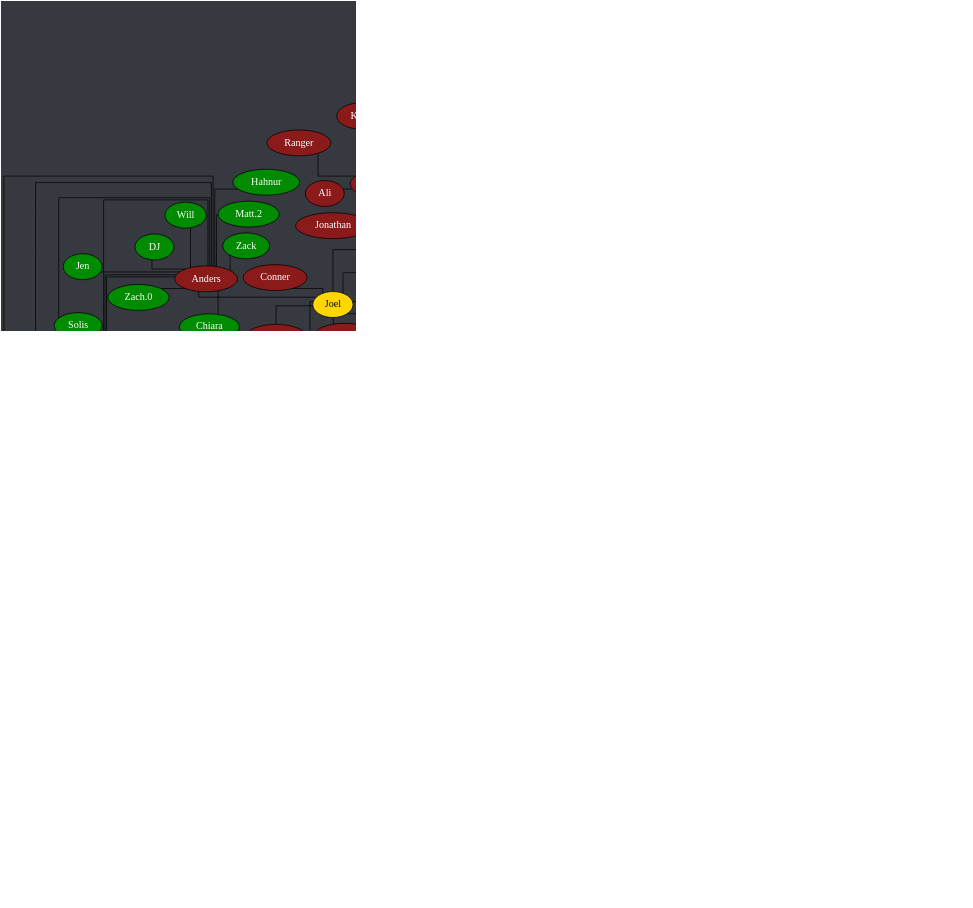
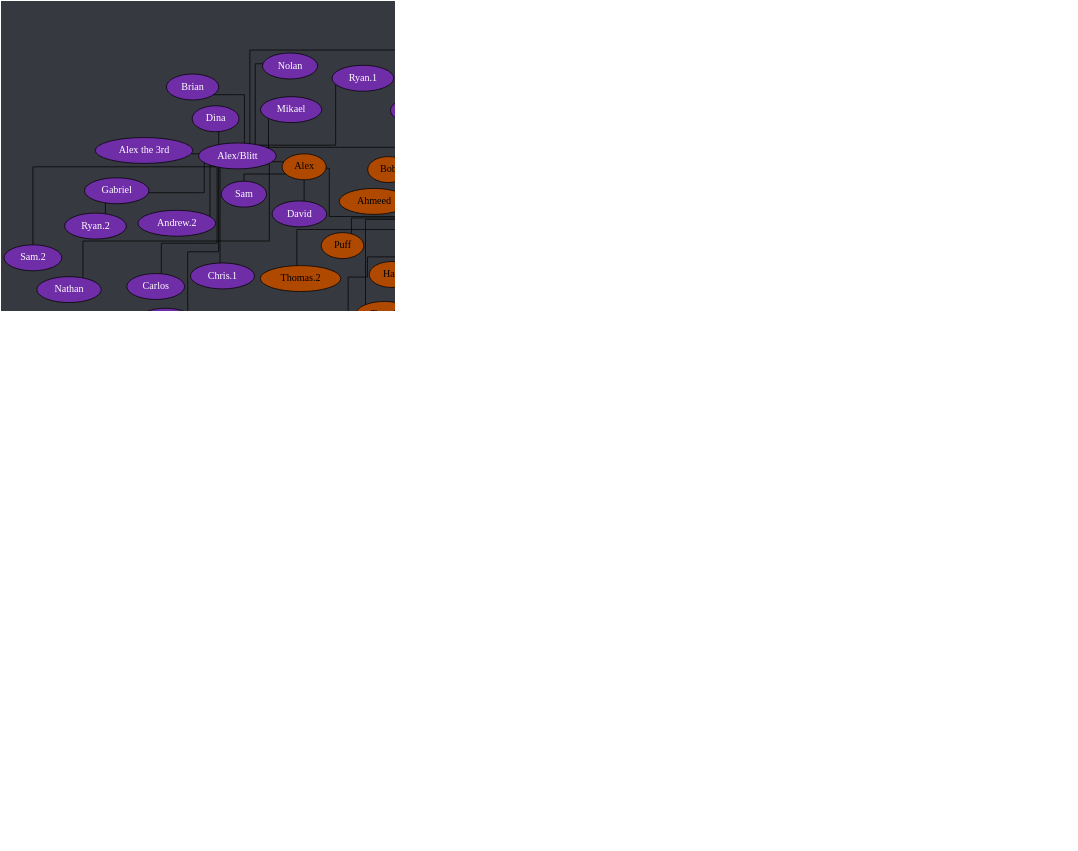
Before and after one commit to Documidas/CoronaCatzFamilyTree: the diagram in tree.dot, drawn with Graphviz. The commit also changed 1 other file, not shown here.

```diff
--- a/tree.dot
+++ b/tree.dot
@@ -75,6 +75,7 @@
 		Donnie -- Darrock;
 		Donnie -- Eggie;
 		Donnie -- Hua;
+		Donnie -- Mia;
 		Donnie -- Mimi;
 		Donnie -- Moon;
 		Donnie -- Rinni;
```
